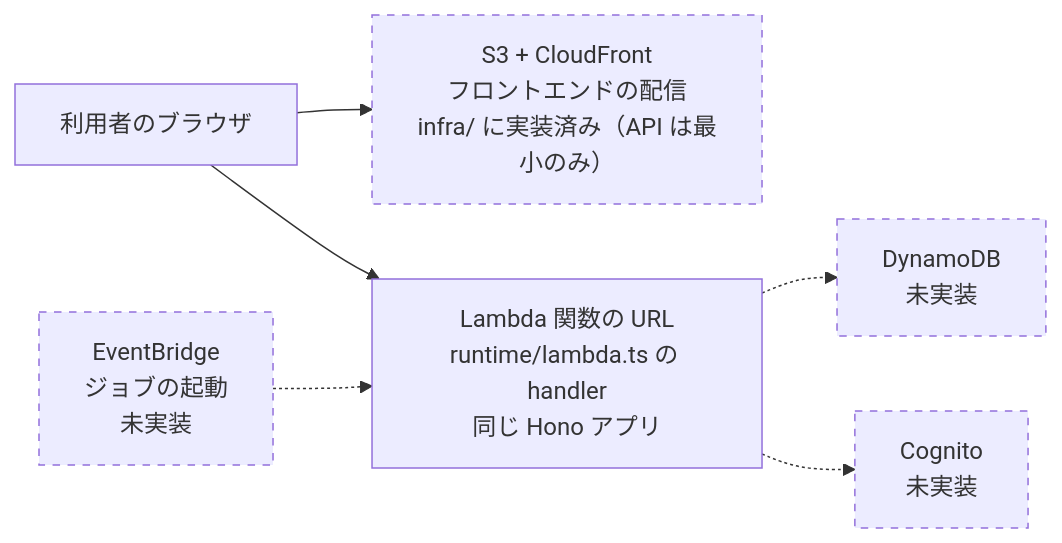
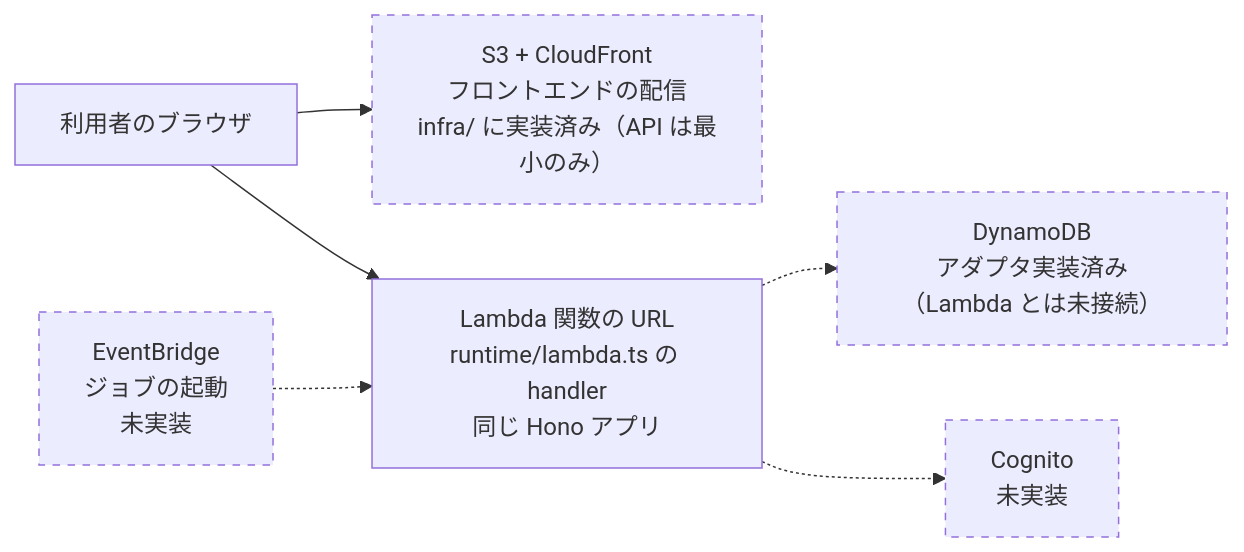
One commit to NS-APU/smart-farm-monitoring changed the tenth of 46 diagrams in docs/10_design/architecture/as-built.md. Above: the diagram before and after it, drawn with Mermaid. The commit also changed other lines of this file and 10 other files, not shown here.

````diff
--- a/docs/10_design/architecture/as-built.md
+++ b/docs/10_design/architecture/as-built.md
@@ -1011,18 +1011,18 @@
 ```mermaid
 flowchart LR
   USER["利用者のブラウザ"]
   HOST["S3 + CloudFront<br>フロントエンドの配信<br>infra/ に実装済み（API は最小のみ）"]
   LAM["Lambda 関数の URL<br>runtime/lambda.ts の handler<br>同じ Hono アプリ"]
   EB["EventBridge<br>ジョブの起動<br>未実装"]
-  DDB["DynamoDB<br>未実装"]
+  DDB["DynamoDB<br>アダプタ実装済み（Lambda とは未接続）"]
   COG["Cognito<br>未実装"]
 
   USER --> HOST
   USER --> LAM
   EB -.-> LAM
   LAM -.-> DDB
   LAM -.-> COG
 
   classDef todo stroke-dasharray: 5 5
   class HOST,EB,DDB,COG todo
 ```
````
